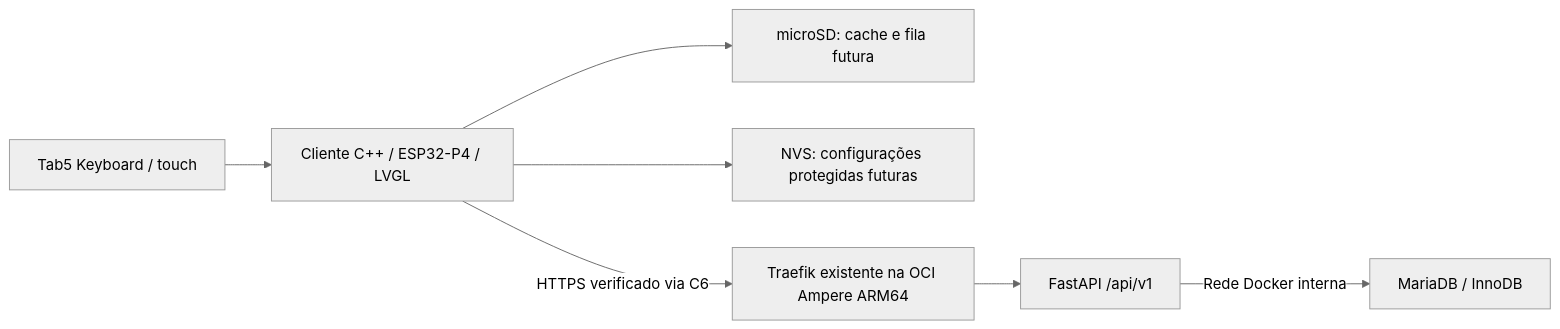
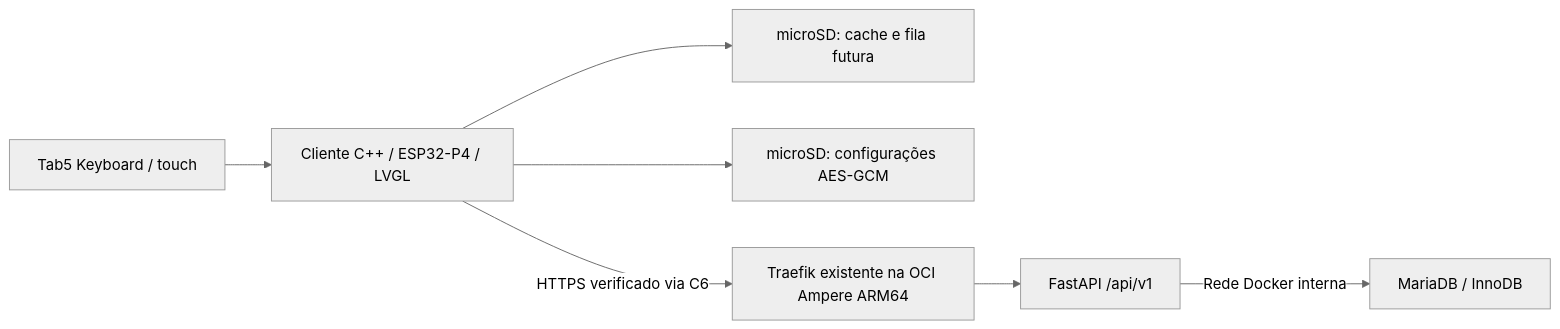
The diagram in docs/architecture.md (tpklge/PDVeVENDAS), drawn with Mermaid (neutral theme) before and after one commit. The commit also changed 20 other files, not shown here.

````diff
--- a/docs/architecture.md
+++ b/docs/architecture.md
@@ -6,9 +6,9 @@
 ```mermaid
 flowchart LR
     K[Tab5 Keyboard / touch] --> F[Cliente C++ / ESP32-P4 / LVGL]
     F --> S[microSD: cache e fila futura]
-    F --> N[NVS: configurações protegidas futuras]
+    F --> C[microSD: configurações AES-GCM]
     F -->|HTTPS verificado via C6| P[Traefik existente na OCI Ampere ARM64]
     P --> A[FastAPI /api/v1]
     A -->|Rede Docker interna| D[MariaDB / InnoDB]
 ```
````
